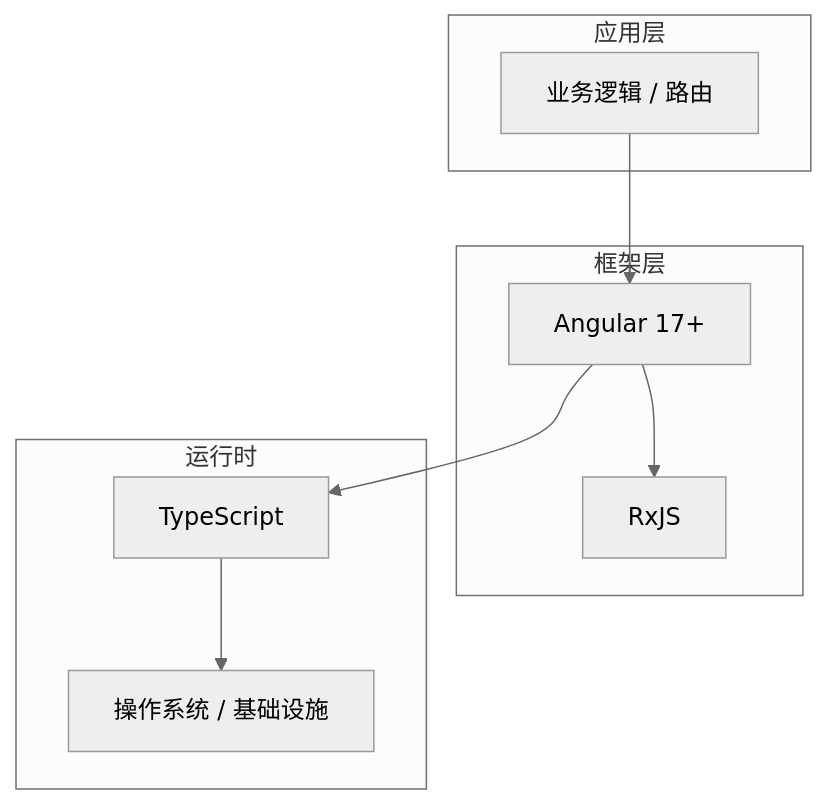
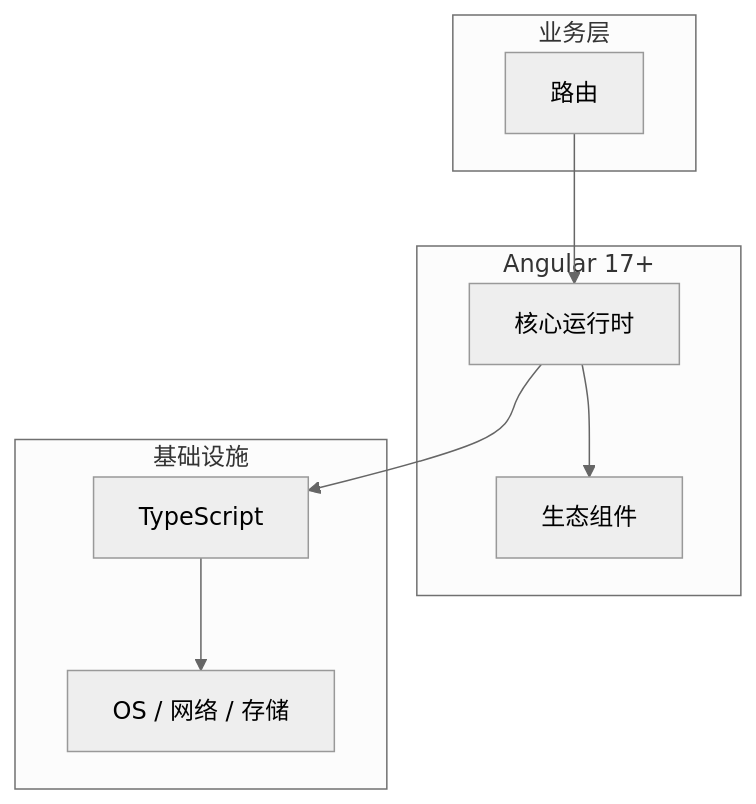
The diagram in articles/Angular/chapters/041-路由核心概念与原理.md (yanggan2015/knowledge-json-v2), drawn with Mermaid (neutral theme) before and after one commit. The commit also changed other lines of this file and 10127 other files, not shown here.

````diff
--- a/articles/Angular/chapters/041-路由核心概念与原理.md
+++ b/articles/Angular/chapters/041-路由核心概念与原理.md
@@ -45,18 +34,18 @@
 ```mermaid
 graph TB
-    subgraph 应用层
-        A[业务逻辑 / 路由]
+    subgraph 业务层
+        A[路由]
     end
-    subgraph 框架层
-        B[Angular 17+]
-        C[RxJS]
+    subgraph Angular 17+
+        B[核心运行时]
+        C[生态组件]
     end
-    subgraph 运行时
+    subgraph 基础设施
         D[TypeScript]
-        E[操作系统 / 基础设施]
+        E[OS / 网络 / 存储]
     end
     A --> B
     B --> C
     B --> D
     D --> E
 ```
````
